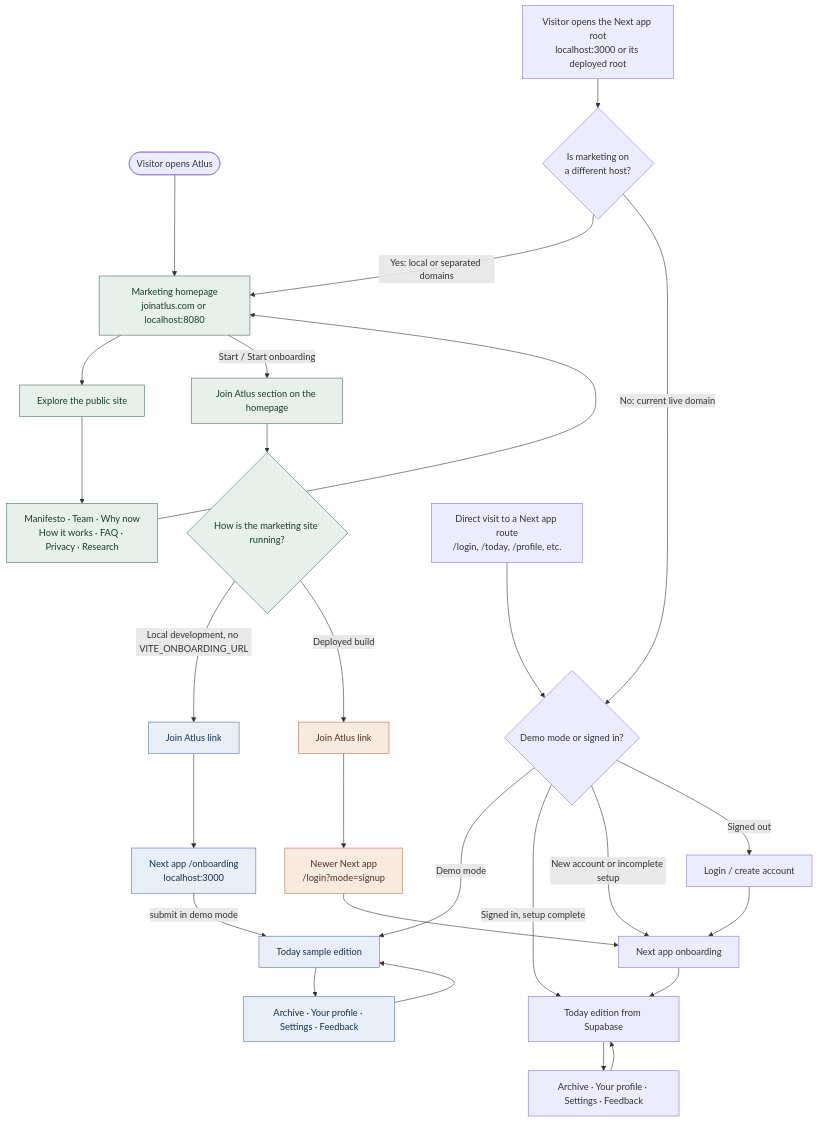
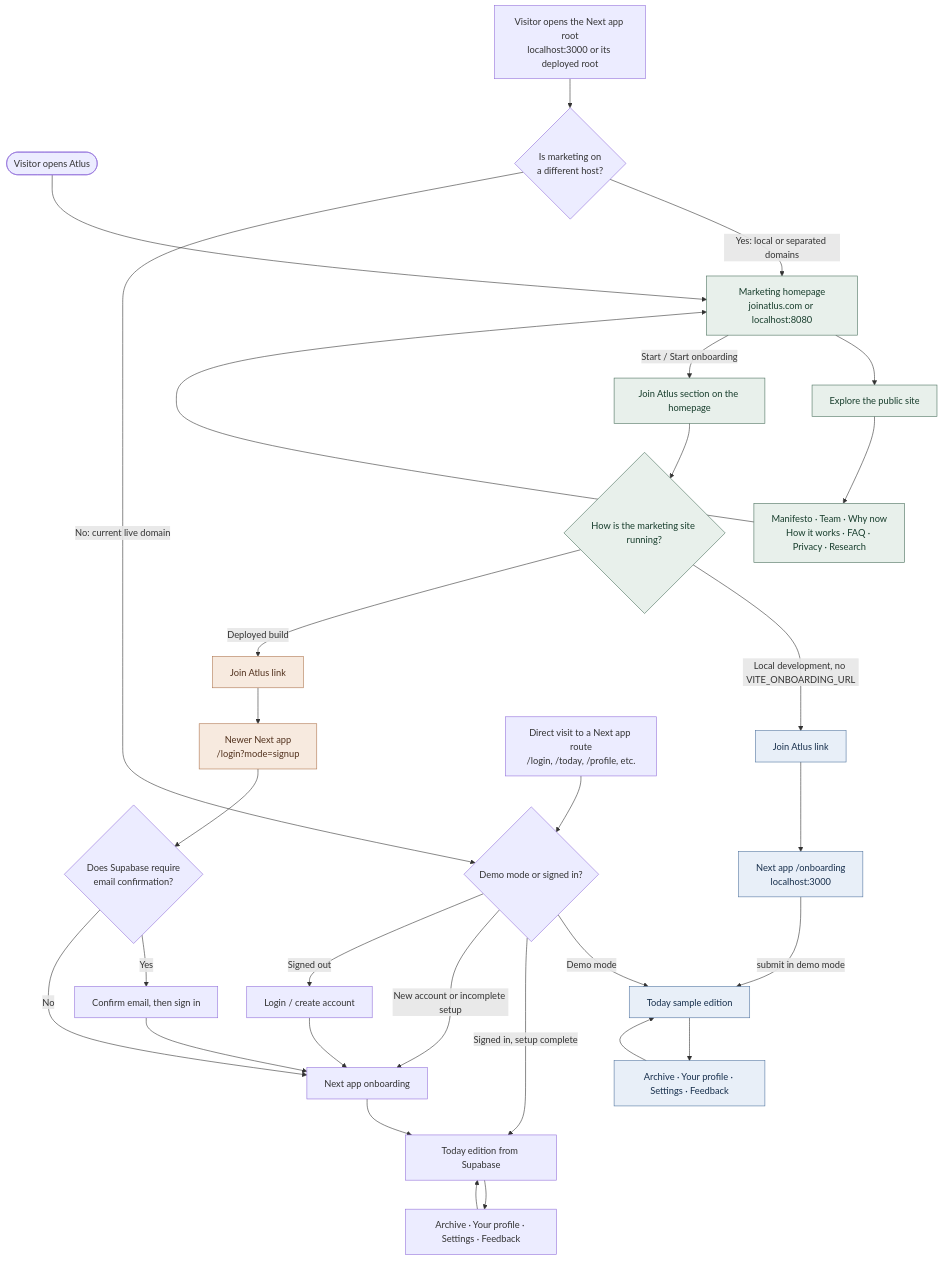
Before and after one commit to samoliverb-max/Atlus.news: the diagram in docs/WEBSITE-FLOW.md, drawn with Mermaid. The commit also changed other lines of this file and 2 other files, not shown here.

Commit message:
Keep marketing development server working with Netlify adapter

````diff
--- a/docs/WEBSITE-FLOW.md
+++ b/docs/WEBSITE-FLOW.md
@@ -5,41 +5,44 @@
 ```mermaid
 flowchart TD
     Visitor([Visitor opens Atlus]) --> Marketing[Marketing homepage<br/>joinatlus.com or localhost:8080]
     AppRoot[Visitor opens the Next app root<br/>localhost:3000 or its deployed root] --> SameHost{Is marketing on<br/>a different host?}
     SameHost -->|Yes: local or separated domains| Marketing
     SameHost -->|No: current live domain| Auth
 
     Marketing --> Explore[Explore the public site]
     Explore --> Pages[Manifesto · Team · Why now<br/>How it works · FAQ · Privacy · Research]
     Pages --> Marketing
 
     Marketing -->|Start / Start onboarding| Anchor[Join Atlus section on the homepage]
     Anchor --> Mode{How is the marketing site running?}
 
     Mode -->|Local development, no VITE_ONBOARDING_URL| DemoLink[Join Atlus link]
     DemoLink --> DemoOnboarding[Next app /onboarding<br/>localhost:3000]
     DemoOnboarding -->|submit in demo mode| DemoToday[Today sample edition]
     DemoToday --> DemoAreas[Archive · Your profile · Settings · Feedback]
     DemoAreas --> DemoToday
 
     Mode -->|Deployed build| SignupLink[Join Atlus link]
     SignupLink --> Signup[Newer Next app<br/>/login?mode=signup]
-    Signup --> RealOnboarding
+    Signup --> Confirmation{Does Supabase require<br/>email confirmation?}
+    Confirmation -->|Yes| EmailConfirm[Confirm email, then sign in]
+    EmailConfirm --> RealOnboarding
+    Confirmation -->|No| RealOnboarding
 
     DirectProduct[Direct visit to a Next app route<br/>/login, /today, /profile, etc.] --> Auth{Demo mode or signed in?}
     Auth -->|Demo mode| DemoToday
     Auth -->|Signed in, setup complete| RealToday[Today edition from Supabase]
     Auth -->|New account or incomplete setup| RealOnboarding[Next app onboarding]
     Auth -->|Signed out| Login[Login / create account]
     Login --> RealOnboarding
     RealOnboarding --> RealToday
     RealToday --> ProductAreas[Archive · Your profile · Settings · Feedback]
     ProductAreas --> RealToday
 
     classDef marketing fill:#e8f0eb,stroke:#4a705d,color:#173d2c;
     classDef demo fill:#e8eff8,stroke:#5275a0,color:#172f4c;
     classDef legacy fill:#f7eadf,stroke:#af7650,color:#51311d;
     class Marketing,Explore,Pages,Anchor,Mode marketing;
     class DemoLink,DemoOnboarding,DemoToday,DemoAreas demo;
     class SignupLink,Signup legacy;
 ```
````
